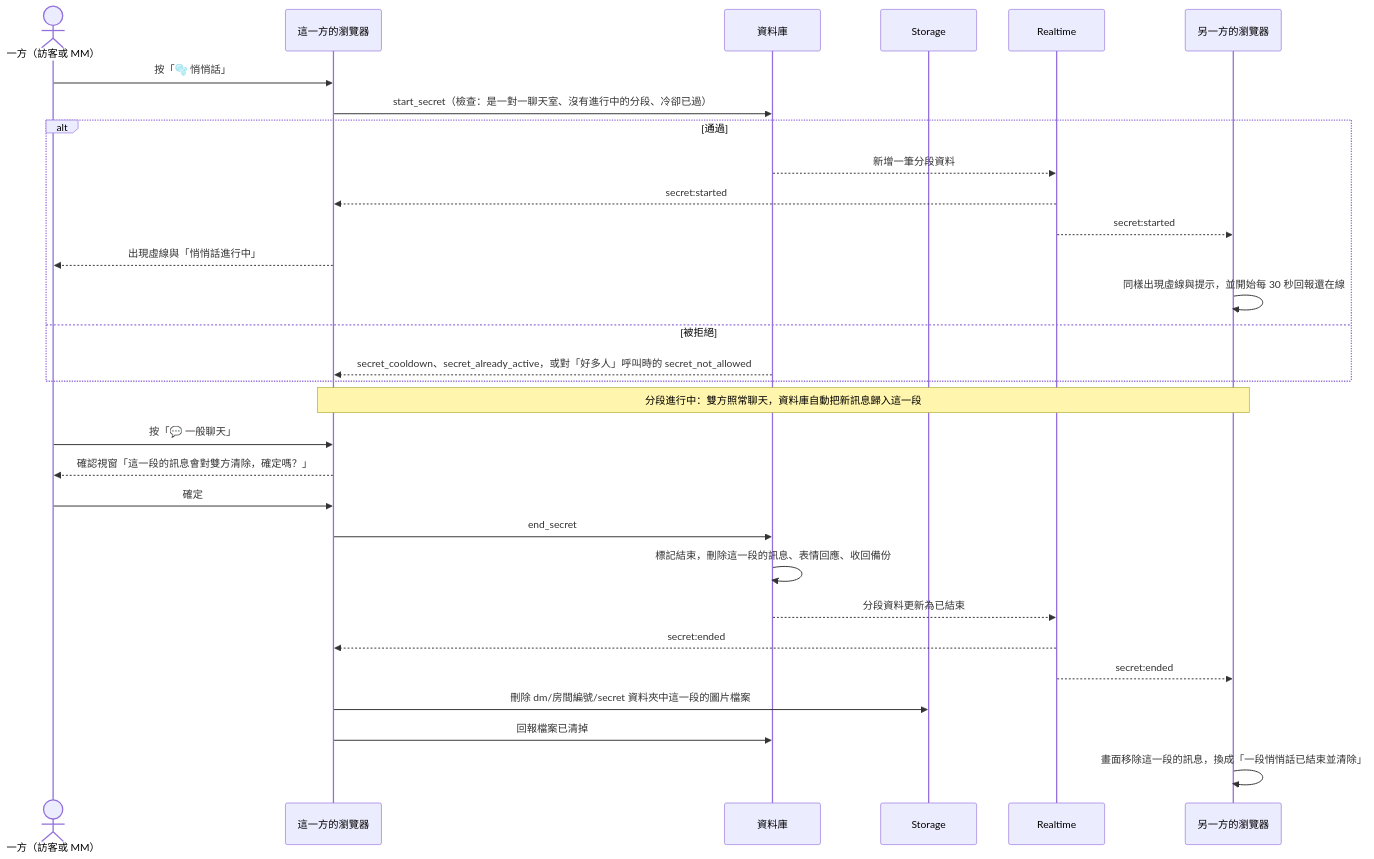
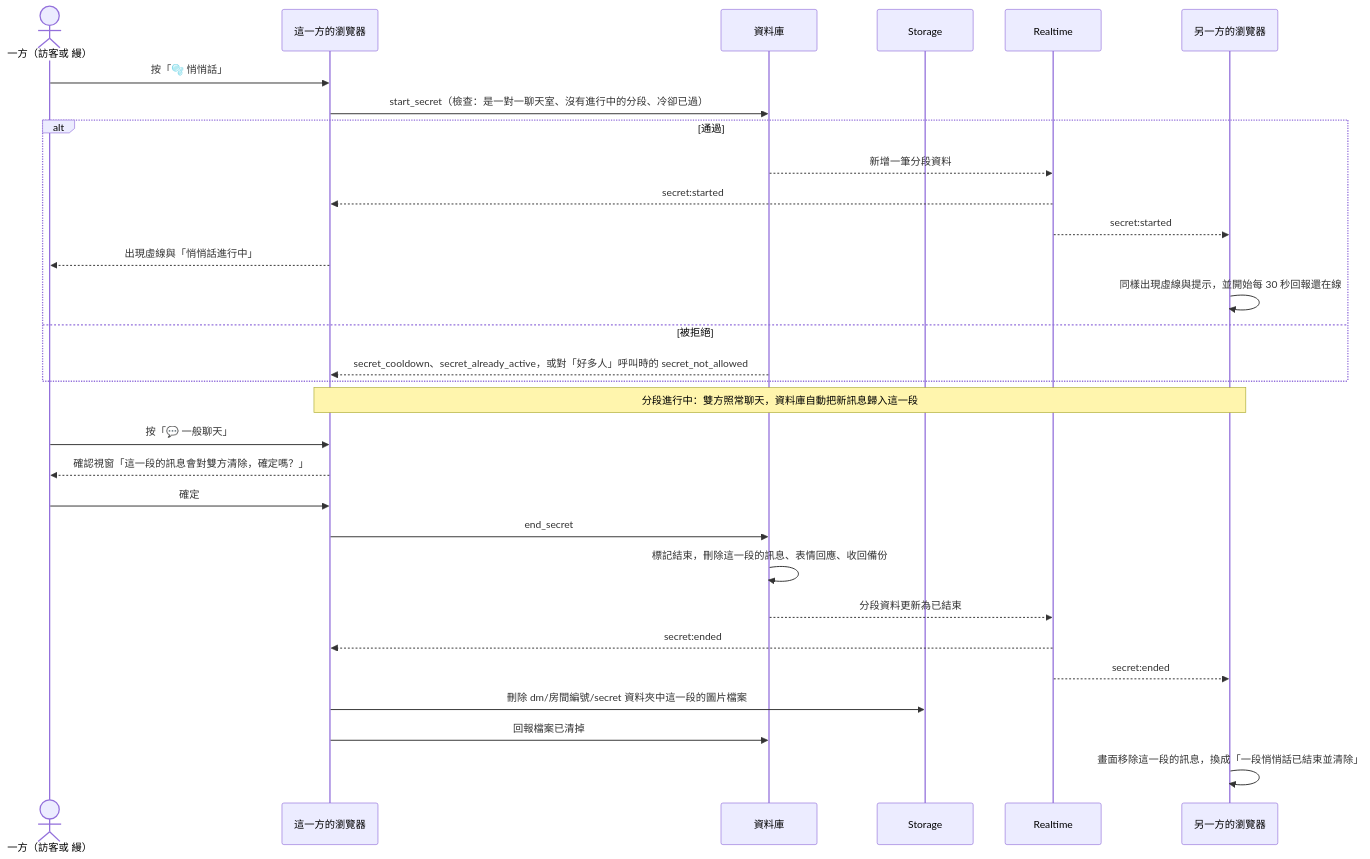
Before and after one commit to 411332043git/ch3hw: the ninth of 14 diagrams in docs/architecture.md, drawn with Mermaid. The commit also changed other lines of this file and 2 other files, not shown here.

Commit message:
Update architecture to match design: voice, announcements, pinning, file expiry, desktop layout, avatars

````diff
--- a/docs/architecture.md
+++ b/docs/architecture.md
@@ -816,35 +824,35 @@
 ```mermaid
 sequenceDiagram
-    actor U as 一方（訪客或 MM）
+    actor U as 一方（訪客或 縵）
     participant B as 這一方的瀏覽器
     participant DB as 資料庫
     participant ST as Storage
     participant RT as Realtime
     participant O as 另一方的瀏覽器
 
     U->>B: 按「🫧 悄悄話」
     B->>DB: start_secret（檢查：是一對一聊天室、沒有進行中的分段、冷卻已過）
     alt 通過
         DB-->>RT: 新增一筆分段資料
         RT-->>B: secret:started
         RT-->>O: secret:started
         B-->>U: 出現虛線與「悄悄話進行中」
         O->>O: 同樣出現虛線與提示，並開始每 30 秒回報還在線
     else 被拒絕
         DB-->>B: secret_cooldown、secret_already_active，或對「好多人」呼叫時的 secret_not_allowed
     end
 
     Note over B,O: 分段進行中：雙方照常聊天，資料庫自動把新訊息歸入這一段
 
     U->>B: 按「💬 一般聊天」
     B-->>U: 確認視窗「這一段的訊息會對雙方清除，確定嗎？」
     U->>B: 確定
     B->>DB: end_secret
     DB->>DB: 標記結束，刪除這一段的訊息、表情回應、收回備份
     DB-->>RT: 分段資料更新為已結束
     RT-->>B: secret:ended
     RT-->>O: secret:ended
     B->>ST: 刪除 dm/房間編號/secret 資料夾中這一段的圖片檔案
     B->>DB: 回報檔案已清掉
     O->>O: 畫面移除這一段的訊息，換成「一段悄悄話已結束並清除」
 ```
````
